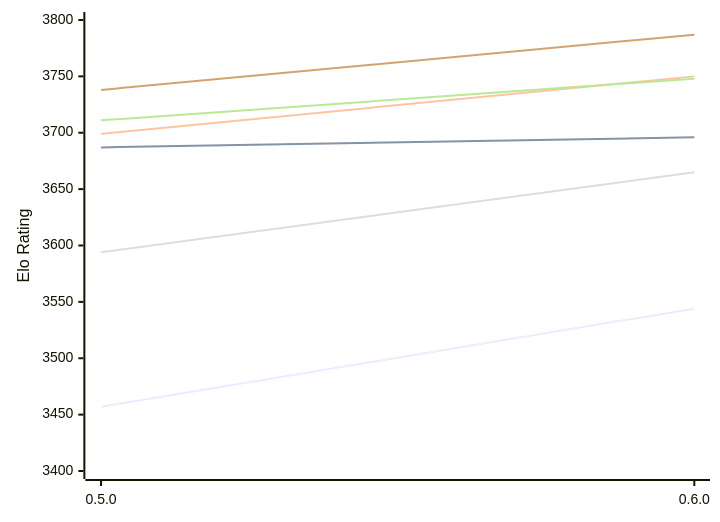
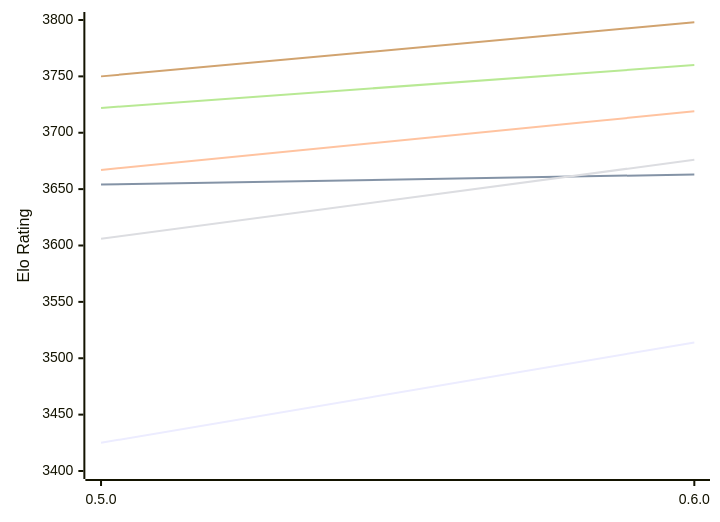
One commit to computer-chess-index/cci changed the diagram in engines/Incipit.md. Above: the diagram before and after it, drawn with Mermaid. The commit also changed other lines of this file, not shown here.

Commit message:
Update CCI Ratings (ELO VLTC) - 2026-11-12

````diff
--- a/engines/Incipit.md
+++ b/engines/Incipit.md
@@ -49,12 +49,12 @@
 ```mermaid
 %%{init: {"theme":"base","themeVariables":{"seriesColors:['#a3a3a3','#222221','#faa371']}}}%%
 xychart-beta
   x-axis ["0.5.0", "0.6.0"]
   y-axis "Elo Rating" 3400 --> 3800
-  line "E1: STC (8.0+0.08s)" [3457, 3544]
-  line "E1: LTC (60.0+0.60s)" [3687, 3696]
-  line "E1: VLTC (2m24s+1.12s)" [3699, 3750]
-  line "P1: STC (8.0+0.08s)" [3594, 3665]
-  line "P1: LTC (60.0+0.60s)" [3711, 3748]
-  line "P1: VLTC (2m24s+1.12s)" [3738, 3787]
+  line "E1: STC (8.0+0.08s)" [3425, 3514]
+  line "E1: LTC (60.0+0.60s)" [3654, 3663]
+  line "E1: VLTC (2m24s+1.12s)" [3667, 3719]
+  line "P1: STC (8.0+0.08s)" [3606, 3676]
+  line "P1: LTC (60.0+0.60s)" [3722, 3760]
+  line "P1: VLTC (2m24s+1.12s)" [3750, 3798]
 ```
````
